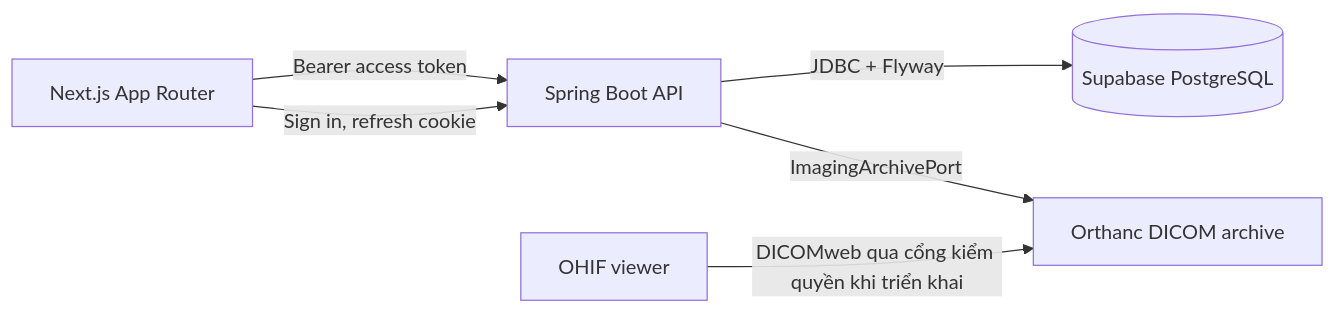
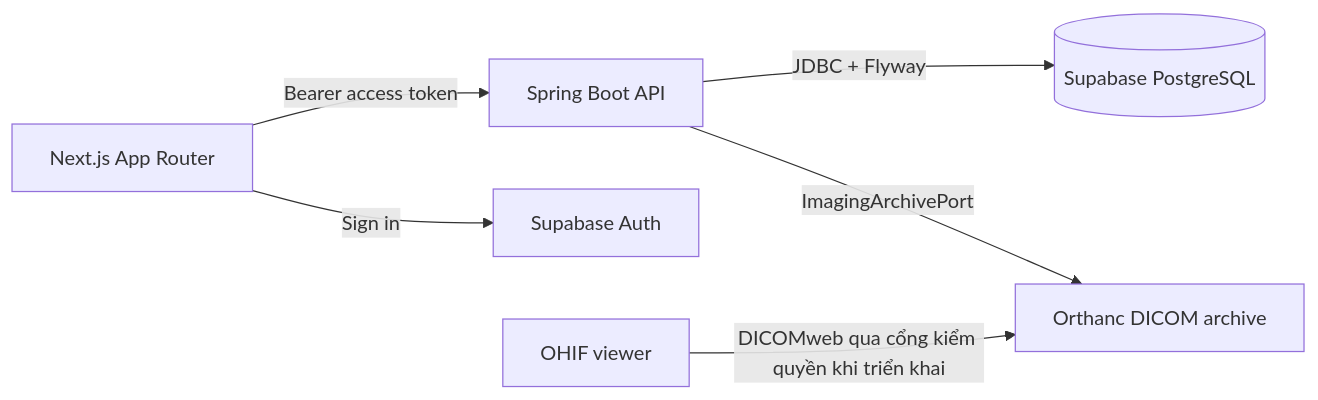
One commit to nghiadt13/otcms changed the diagram in docs/architecture.md. Above: the diagram before and after it, drawn with Mermaid. The commit also changed other lines of this file and 1928 other files, not shown here.

````diff
--- a/docs/architecture.md
+++ b/docs/architecture.md
@@ -7,8 +7,8 @@
 ```mermaid
 flowchart LR
     Web[Next.js App Router] -->|Bearer access token| API[Spring Boot API]
-    Web -->|Sign in, refresh cookie| API
+    Web -->|Sign in| Auth[Supabase Auth]
     API -->|JDBC + Flyway| DB[(Supabase PostgreSQL)]
     API -->|ImagingArchivePort| Archive[Orthanc DICOM archive]
     Viewer[OHIF viewer] -->|DICOMweb qua cổng kiểm quyền khi triển khai| Archive
 ```
````
